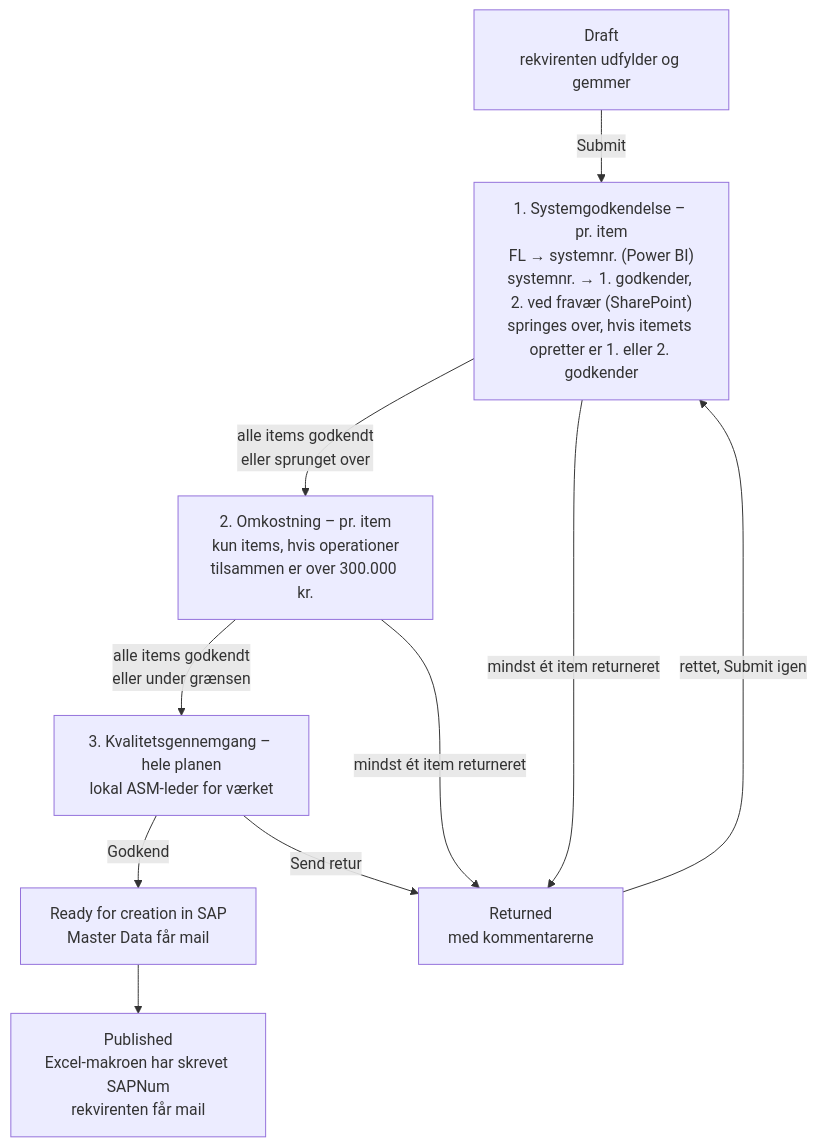
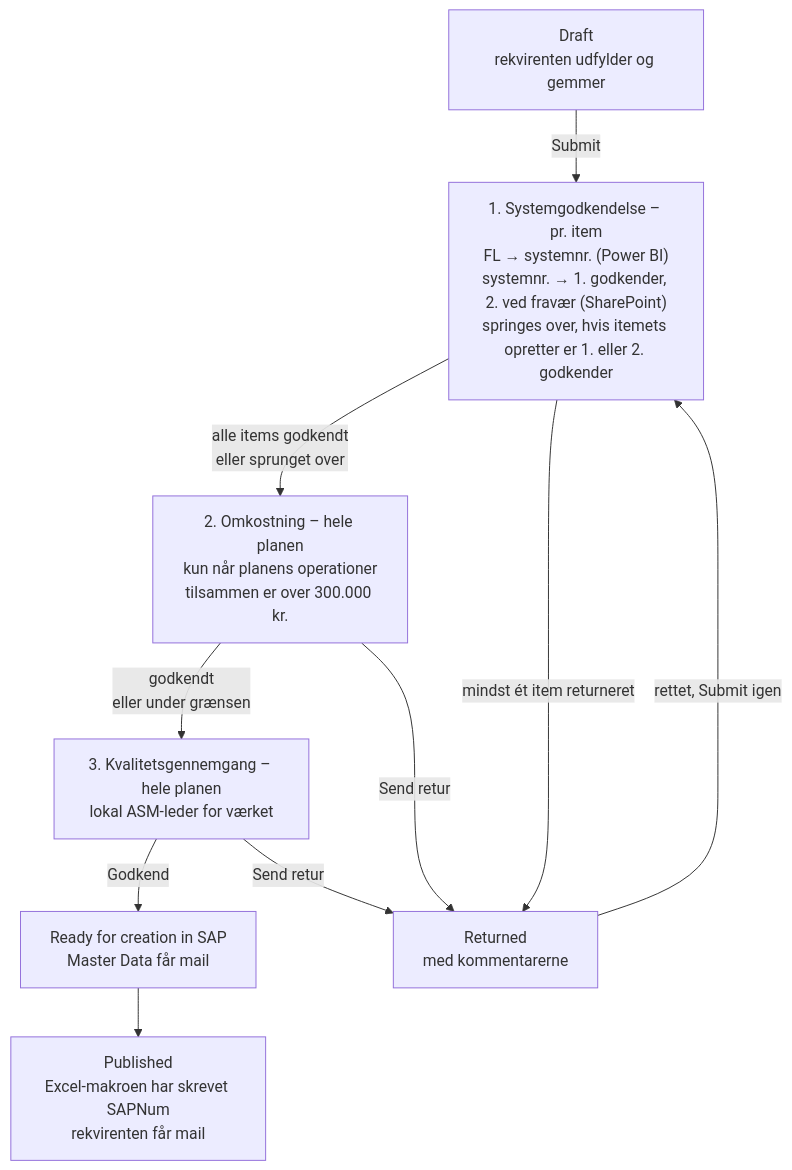
Before and after one commit to PeterBjerre/Canvas_apps: the diagram in docs/32-godkendelsesflow.md, drawn with Mermaid. The commit also changed other lines of this file and 6 other files, not shown here.

First line of the commit message:
Cost approval for hele planen i stedet for pr. item

````diff
--- a/docs/32-godkendelsesflow.md
+++ b/docs/32-godkendelsesflow.md
@@ -57,20 +57,20 @@
 ```mermaid
 flowchart TD
   D["Draft<br/>rekvirenten udfylder og gemmer"]
   S["1. Systemgodkendelse – pr. item<br/>FL → systemnr. (Power BI)<br/>systemnr. → 1. godkender, 2. ved fravær (SharePoint)<br/>springes over, hvis itemets opretter er 1. eller 2. godkender"]
-  C["2. Omkostning – pr. item<br/>kun items, hvis operationer<br/>tilsammen er over 300.000 kr."]
+  C["2. Omkostning – hele planen<br/>kun når planens operationer<br/>tilsammen er over 300.000 kr."]
   Q["3. Kvalitetsgennemgang – hele planen<br/>lokal ASM-leder for værket"]
   RT["Returned<br/>med kommentarerne"]
   RS["Ready for creation in SAP<br/>Master Data får mail"]
   PB["Published<br/>Excel-makroen har skrevet SAPNum<br/>rekvirenten får mail"]
 
   D -- "Submit" --> S
   S -- "alle items godkendt<br/>eller sprunget over" --> C
-  C -- "alle items godkendt<br/>eller under grænsen" --> Q
+  C -- "godkendt<br/>eller under grænsen" --> Q
   Q -- "Godkend" --> RS
   RS --> PB
   S -- "mindst ét item returneret" --> RT
-  C -- "mindst ét item returneret" --> RT
+  C -- "Send retur" --> RT
   Q -- "Send retur" --> RT
   RT -- "rettet, Submit igen" --> S
 ```
````
